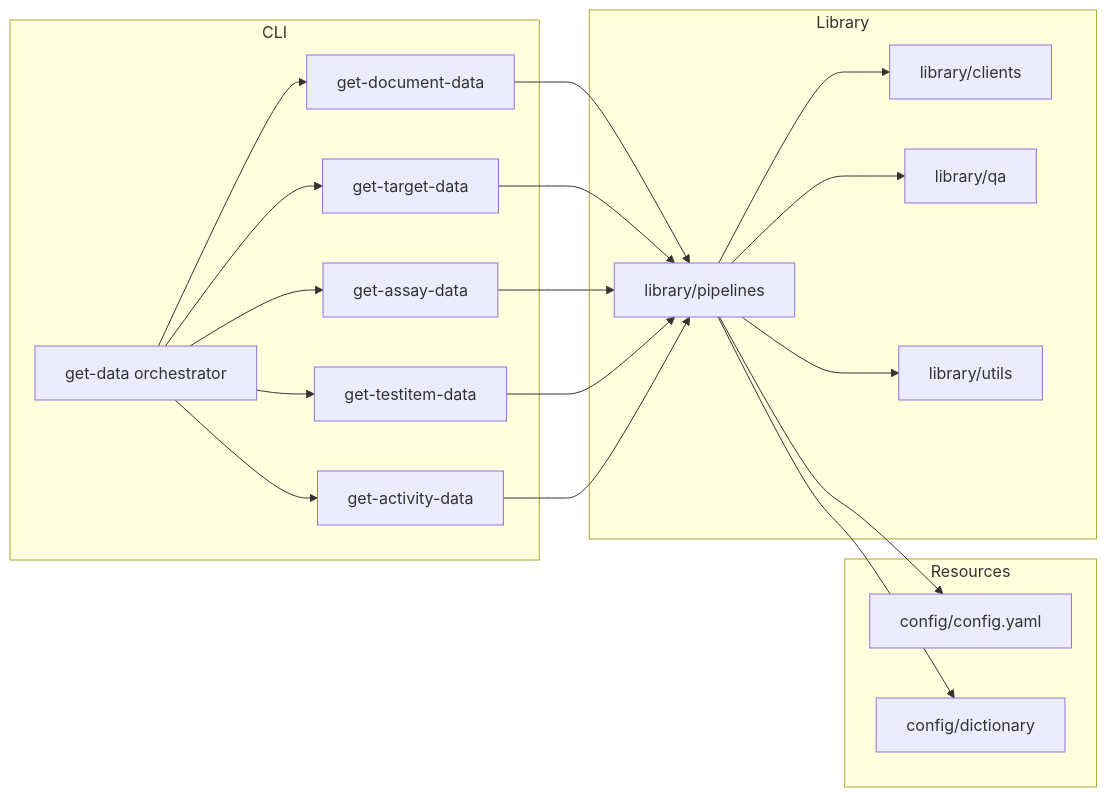
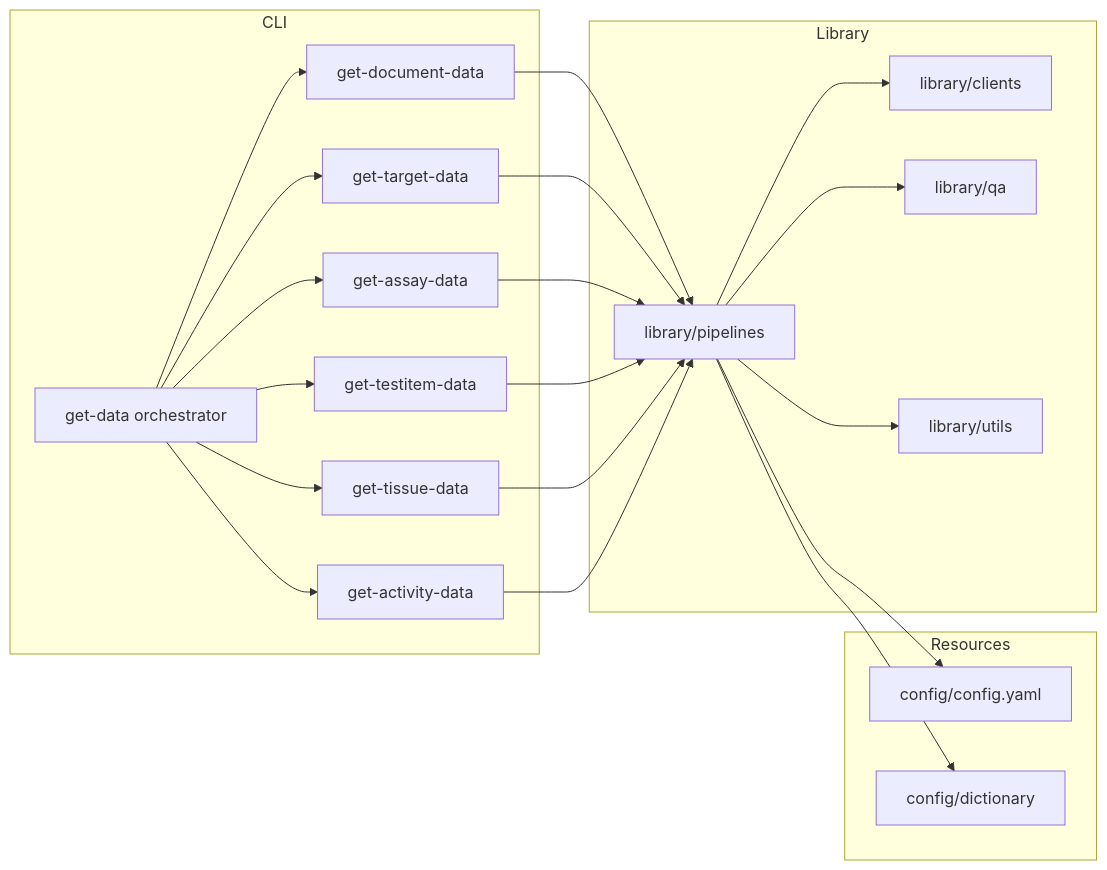
Before and after one commit to SatoryKono/ChEMBL_data_acquisition: the diagram in docs/en/architecture/ARCHITECTURE.md, drawn with Mermaid. The commit also changed other lines of this file and 8 other files, not shown here.

````diff
--- a/docs/en/architecture/ARCHITECTURE.md
+++ b/docs/en/architecture/ARCHITECTURE.md
@@ -3,29 +3,30 @@
 ```mermaid
 flowchart LR
     subgraph CLI
         A1[get-document-data]
         A2[get-target-data]
         A3[get-assay-data]
         A4[get-testitem-data]
-        A5[get-activity-data]
+        A5[get-tissue-data]
+        A6[get-activity-data]
         A0[get-data orchestrator]
     end
     subgraph Library
         B1[library/clients]
         B2[library/pipelines]
         B3[library/qa]
         B4[library/utils]
     end
     subgraph Resources
         C1[config/config.yaml]
         C2[config/dictionary]
     end
 
-    A0 --> A1 & A2 & A3 & A4 & A5
-    A1 & A2 & A3 & A4 & A5 --> B2
+    A0 --> A1 & A2 & A3 & A4 & A5 & A6
+    A1 & A2 & A3 & A4 & A5 & A6 --> B2
     B2 --> B1
     B2 --> B3
     B2 --> B4
     B2 --> C1
     B2 --> C2
 ```
````
